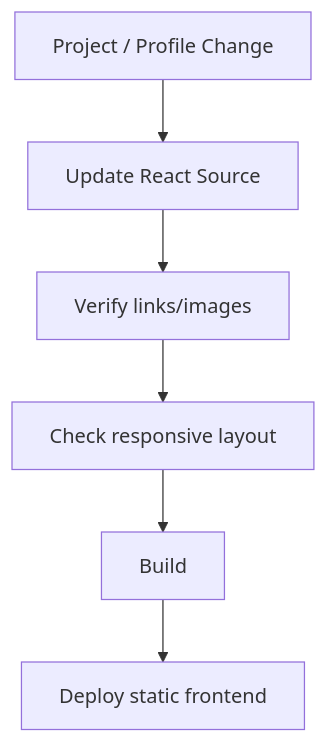
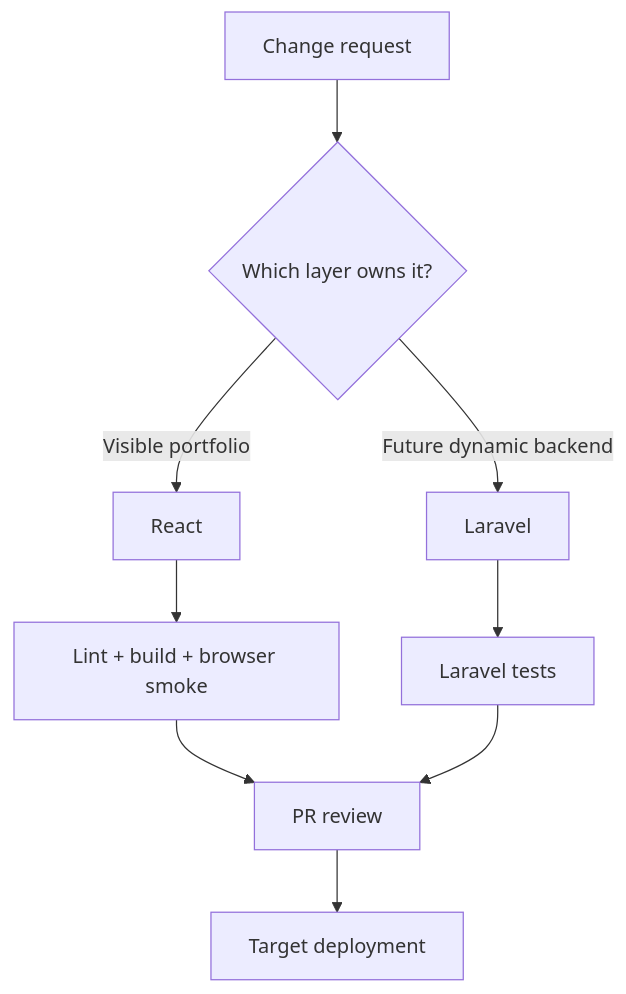
One commit to HidayahMF/Portofolio-2025 changed the fourth of 6 diagrams in docs/development-pipeline.md. Above: the diagram before and after it, drawn with Mermaid. The commit also changed other lines of this file, not shown here.

````diff
--- a/docs/development-pipeline.md
+++ b/docs/development-pipeline.md
@@ -77,8 +78,13 @@
 ```mermaid
 flowchart TD
-    CHANGE[Project / Profile Change] --> SOURCE[Update React Source]
-    SOURCE --> LINKS[Verify links/images]
-    LINKS --> MOBILE[Check responsive layout]
-    MOBILE --> BUILD[Build]
-    BUILD --> DEPLOY[Deploy static frontend]
+    CHANGE[Change request] --> OWNER{Which layer owns it?}
+    OWNER -->|Visible portfolio| FE[React]
+    OWNER -->|Future dynamic backend| BE[Laravel]
+
+    FE --> FECHECK[Lint + build + browser smoke]
+    BE --> BETEST[Laravel tests]
+
+    FECHECK --> REVIEW[PR review]
+    BETEST --> REVIEW
+    REVIEW --> RELEASE[Target deployment]
 ```
````
